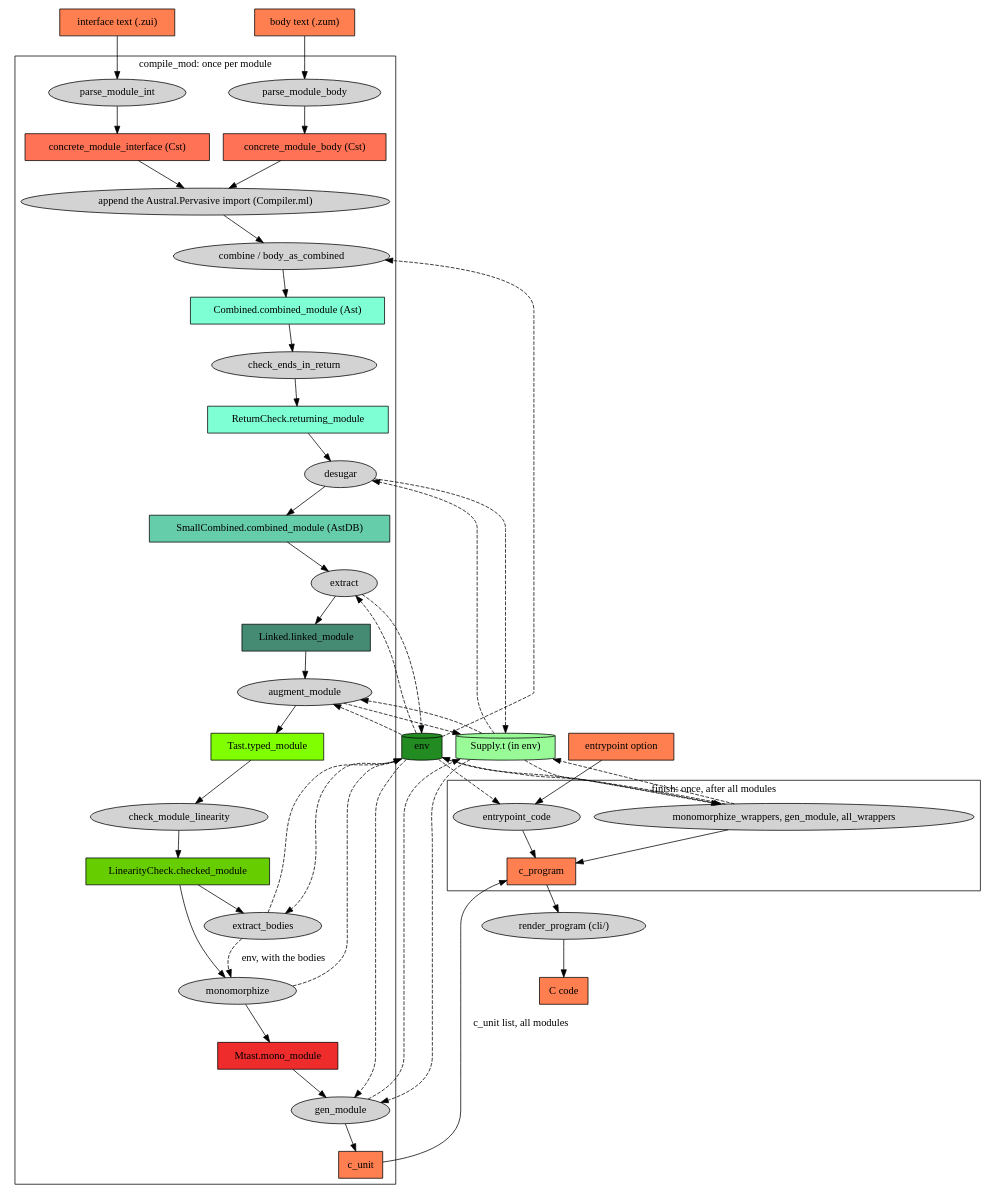
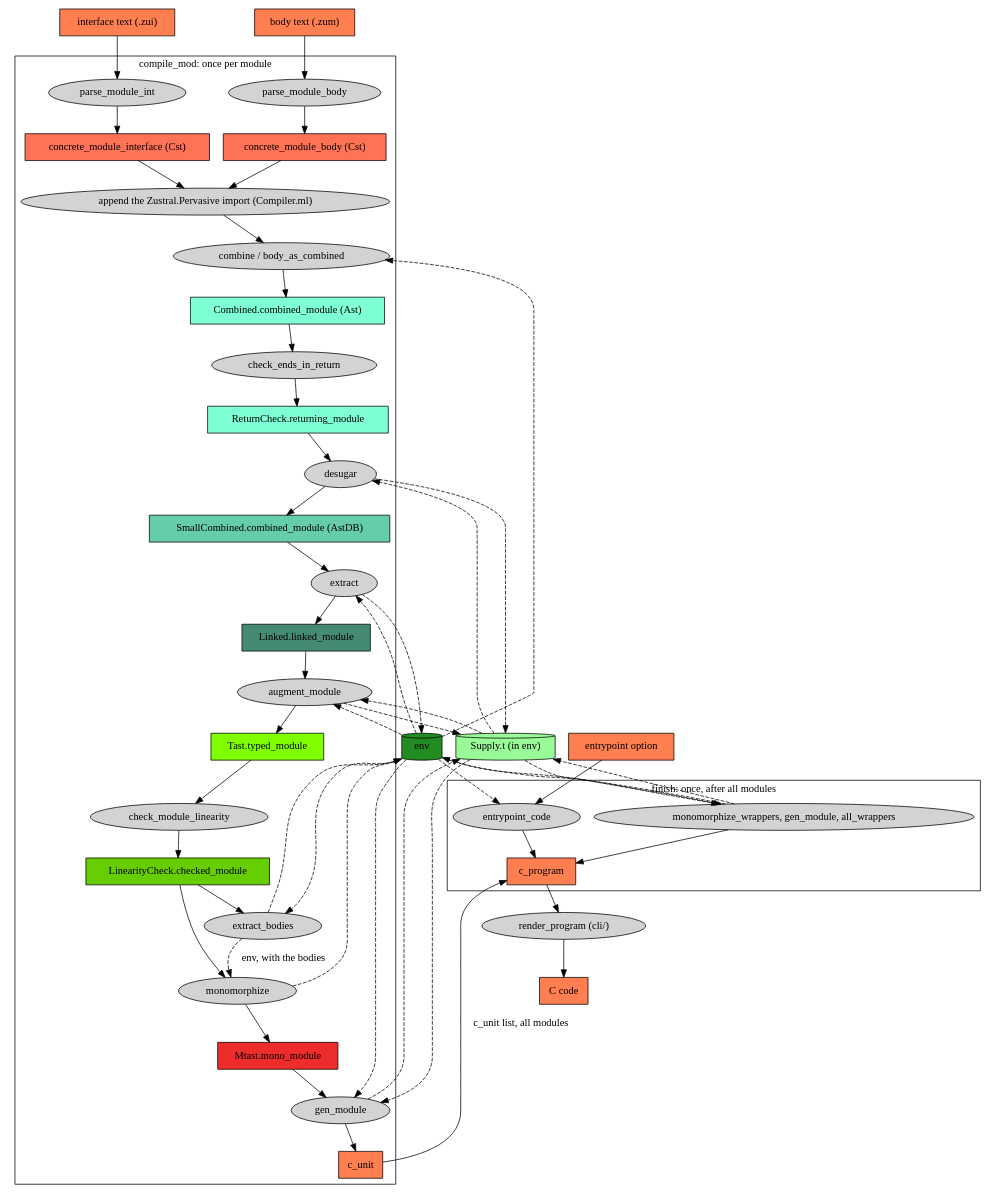
One commit to seiei-sogen/zustral changed the diagram in docs/pipeline.dot. Above: the diagram before and after it, drawn with Graphviz. The commit also changed 1681 other files, not shown here.

First line of the commit message:
#46 名前 Austral を Zustral に変える (#167)

```diff
--- a/docs/pipeline.dot
+++ b/docs/pipeline.dot
@@ -1,89 +1,89 @@
 // The stages of lib/Compiler.ml and their types in lib/Pipeline.mli.
 // Boxes are values, ellipses are stages (named by the function that runs them).
 // A dashed edge is the environment or the supply that a stage reads or returns.
 digraph G {
     node[style=filled]
 
     // The two together (or the body alone), each with its file name, are one module_source.
     zui[shape=rect fillcolor=coral label="interface text (.zui)"]
     zum[shape=rect fillcolor=coral label="body text (.zum)"]
     ep[shape=rect fillcolor=coral label="entrypoint option"]
 
     subgraph cluster_module {
         label="compile_mod: once per module"
 
         icst[shape=rect fillcolor=coral1 label="concrete_module_interface (Cst)"]
         bcst[shape=rect fillcolor=coral1 label="concrete_module_body (Cst)"]
         combined[shape=rect fillcolor=aquamarine label="Combined.combined_module (Ast)"]
         returning[shape=rect fillcolor=aquamarine label="ReturnCheck.returning_module"]
         small[shape=rect fillcolor=aquamarine3 label="SmallCombined.combined_module (AstDB)"]
         linked[shape=rect fillcolor=aquamarine4 label="Linked.linked_module"]
         typed[shape=rect fillcolor=chartreuse1 label="Tast.typed_module"]
         checked[shape=rect fillcolor=chartreuse3 label="LinearityCheck.checked_module"]
         mono[shape=rect fillcolor=firebrick2 label="Mtast.mono_module"]
         unit[shape=rect fillcolor=coral label="c_unit"]
 
         parse_int[label="parse_module_int"]
         parse_body[label="parse_module_body"]
-        pervasive[label="append the Austral.Pervasive import (Compiler.ml)"]
+        pervasive[label="append the Zustral.Pervasive import (Compiler.ml)"]
         combine[label="combine / body_as_combined"]
         check_returns[label="check_ends_in_return"]
         desugar[label="desugar"]
         extract[label="extract"]
         augment[label="augment_module"]
         linearity[label="check_module_linearity"]
         bodies[label="extract_bodies"]
         monomorphize[label="monomorphize"]
         gen[label="gen_module"]
     }
 
     subgraph cluster_finish {
         label="finish: once, after all modules"
 
         wrappers[label="monomorphize_wrappers, gen_module, all_wrappers"]
         entry[label="entrypoint_code"]
         program[shape=rect fillcolor=coral label="c_program"]
     }
 
     render[label="render_program (cli/)"]
     c[shape=rect fillcolor=coral label="C code"]
 
     env[label="env" fillcolor=forestgreen shape=cylinder]
     supply[label="Supply.t (in env)" fillcolor=palegreen shape=cylinder]
 
     zui -> parse_int -> icst -> pervasive
     zum -> parse_body -> bcst -> pervasive
     pervasive -> combine
     combine -> combined -> check_returns -> returning -> desugar -> small -> extract -> linked
     linked -> augment -> typed -> linearity -> checked
     checked -> bodies
     checked -> monomorphize -> mono -> gen -> unit
     unit -> program [label="c_unit list, all modules"]
     ep -> entry
     wrappers -> program
     entry -> program
     program -> render -> c
 
     edge[style=dashed]
     env -> combine
     env -> extract
     extract -> env
     env -> augment
     env -> bodies
     bodies -> env
     // extract_bodies runs before monomorphize, which reads the bodies from the env.
     bodies -> monomorphize [label="env, with the bodies"]
     monomorphize -> env
     env -> gen
     env -> wrappers
     wrappers -> env
     env -> entry
     supply -> wrappers
     wrappers -> supply
     supply -> desugar
     desugar -> supply
     supply -> augment
     augment -> supply
     supply -> gen
     gen -> supply
 }
```
